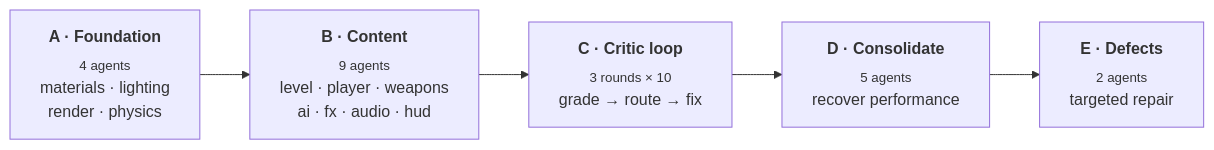
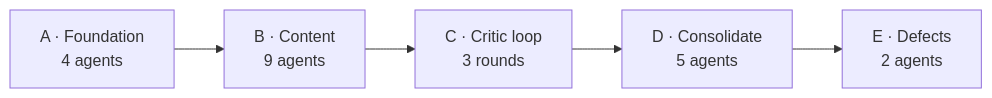
One commit to rushindrasinha/operation-blackout changed the third of 3 diagrams in README.md. Above: the diagram before and after it, drawn with Mermaid. The commit also changed other lines of this file, not shown here.

First line of the commit message:
Fix clipped Mermaid node labels

````diff
--- a/README.md
+++ b/README.md
@@ -265,9 +273,4 @@
 ```mermaid
 flowchart LR
-    A["<b>A · Foundation</b><br/><sub>4 agents</sub><br/>materials · lighting<br/>render · physics"]
-    B["<b>B · Content</b><br/><sub>9 agents</sub><br/>level · player · weapons<br/>ai · fx · audio · hud"]
-    C["<b>C · Critic loop</b><br/><sub>3 rounds × 10</sub><br/>grade → route → fix"]
-    D["<b>D · Consolidate</b><br/><sub>5 agents</sub><br/>recover performance"]
-    E["<b>E · Defects</b><br/><sub>2 agents</sub><br/>targeted repair"]
-    A --> B --> C --> D --> E
+    A["A · Foundation<br/>4 agents"] --> B["B · Content<br/>9 agents"] --> C["C · Critic loop<br/>3 rounds"] --> D["D · Consolidate<br/>5 agents"] --> E["E · Defects<br/>2 agents"]
 ```
````
